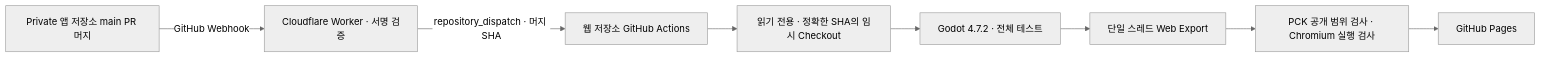
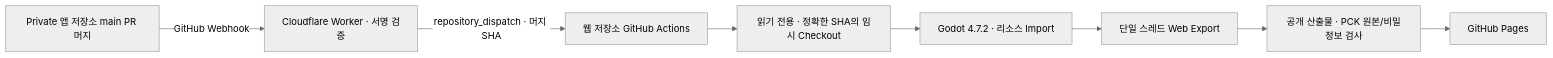
One commit to neuma573/quiet-solitaire-web changed the diagram in README.md. Above: the diagram before and after it, drawn with Mermaid (neutral theme). The commit also changed other lines of this file and 15 other files, not shown here.

````diff
--- a/README.md
+++ b/README.md
@@ -14,10 +14,10 @@
 ```mermaid
 flowchart LR
     A[Private 앱 저장소 main PR 머지] -->|GitHub Webhook| W[Cloudflare Worker · 서명 검증]
     W -->|repository_dispatch · 머지 SHA| B[웹 저장소 GitHub Actions]
     B --> C[읽기 전용 · 정확한 SHA의 임시 Checkout]
-    C --> D[Godot 4.7.2 · 전체 테스트]
+    C --> D[Godot 4.7.2 · 리소스 Import]
     D --> E[단일 스레드 Web Export]
-    E --> F[PCK 공개 범위 검사 · Chromium 실행 검사]
+    E --> F[공개 산출물 · PCK 원본/비밀정보 검사]
     F --> G[GitHub Pages]
 ```
````
